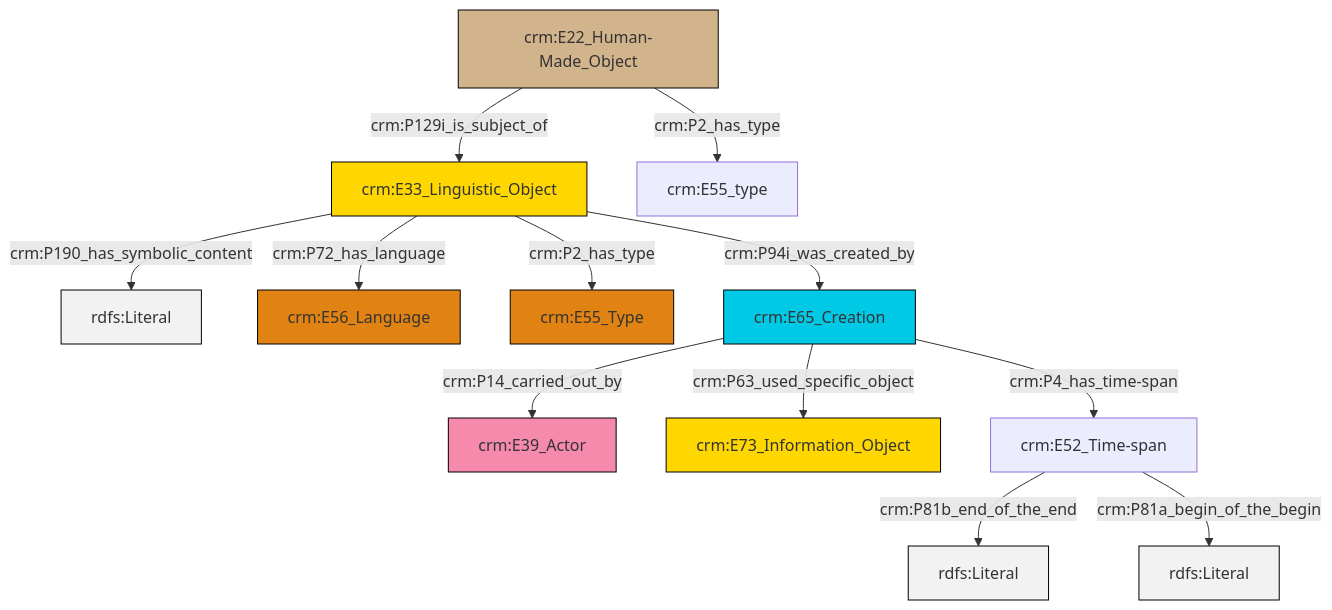
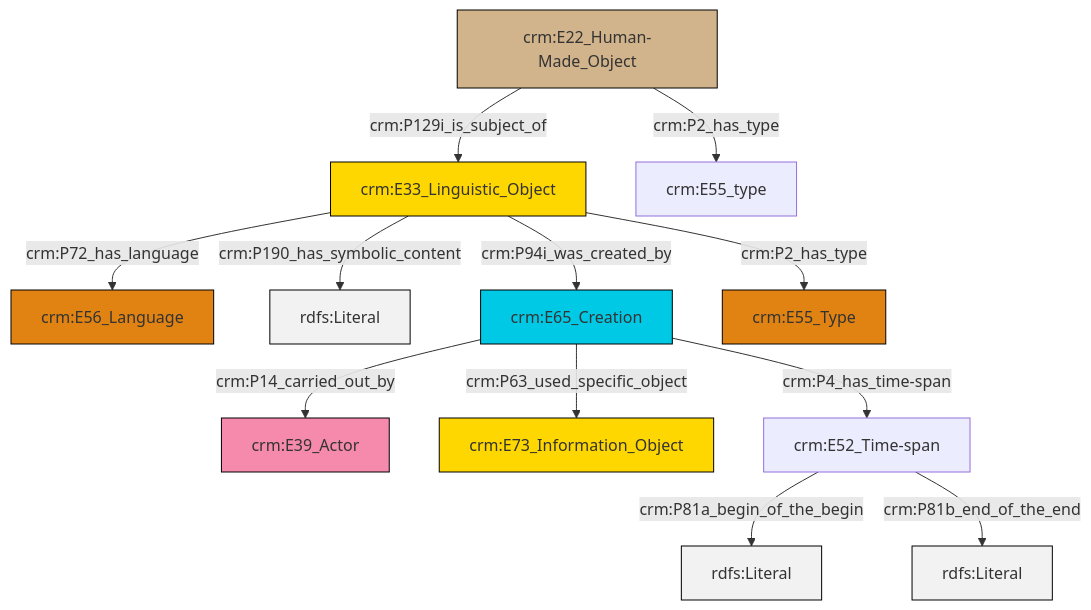
The diagram in et/builtWorkCSV/ttl/mmd/Built_Work_description.ttl.mmd (swiss-art-research-net/docs.swissartresearch), drawn with Mermaid before and after one commit. The commit also changed 201 other files, not shown here.

```diff
--- a/et/builtWorkCSV/ttl/mmd/Built_Work_description.ttl.mmd
+++ b/et/builtWorkCSV/ttl/mmd/Built_Work_description.ttl.mmd
@@ -1,26 +1,26 @@
 graph TD
 classDef Literal fill:#f2f2f2,stroke:#000000;
 classDef CRM_Entity fill:#FFFFFF,stroke:#000000;
 classDef Temporal_Entity fill:#00C9E6, stroke:#000000;
 classDef Type fill:#E18312, stroke:#000000;
 classDef Time-Span fill:#2C9C91, stroke:#000000;
 classDef Appellation fill:#FFEB7F, stroke:#000000;
 classDef Place fill:#008836, stroke:#000000;
 classDef Persistent_Item fill:#B266B2, stroke:#000000;
 classDef Conceptual_Object fill:#FFD700, stroke:#000000;
 classDef Physical_Thing fill:#D2B48C, stroke:#000000;
 classDef Actor fill:#f58aad, stroke:#000000;
 classDef PC_Classes fill:#4ce600, stroke:#000000;
 classDef Multi fill:#cccccc,stroke:#000000;
 
-0["crm:E33_Linguistic_Object"]:::Conceptual_Object -->|crm:P190_has_symbolic_content| 1[rdfs:Literal]:::Literal
-3["crm:E22_Human-Made_Object"]:::Physical_Thing -->|crm:P129i_is_subject_of| 0["crm:E33_Linguistic_Object"]:::Conceptual_Object
-3["crm:E22_Human-Made_Object"]:::Physical_Thing -->|crm:P2_has_type| 10["crm:E55_type"]:::Default
-0["crm:E33_Linguistic_Object"]:::Conceptual_Object -->|crm:P72_has_language| 4["crm:E56_Language"]:::Type
-0["crm:E33_Linguistic_Object"]:::Conceptual_Object -->|crm:P2_has_type| 6["crm:E55_Type"]:::Type
-13["crm:E65_Creation"]:::Temporal_Entity -->|crm:P4_has_time-span| 15["crm:E52_Time-span"]:::Default
-15["crm:E52_Time-span"]:::Default -->|crm:P81b_end_of_the_end| 16[rdfs:Literal]:::Literal
-0["crm:E33_Linguistic_Object"]:::Conceptual_Object -->|crm:P94i_was_created_by| 13["crm:E65_Creation"]:::Temporal_Entity
-13["crm:E65_Creation"]:::Temporal_Entity -->|crm:P14_carried_out_by| 8["crm:E39_Actor"]:::Actor
-13["crm:E65_Creation"]:::Temporal_Entity -->|crm:P63_used_specific_object| 11["crm:E73_Information_Object"]:::Conceptual_Object
-15["crm:E52_Time-span"]:::Default -->|crm:P81a_begin_of_the_begin| 20[rdfs:Literal]:::Literal
+2["crm:E33_Linguistic_Object"]:::Conceptual_Object -->|crm:P72_has_language| 3["crm:E56_Language"]:::Type
+2["crm:E33_Linguistic_Object"]:::Conceptual_Object -->|crm:P190_has_symbolic_content| 4[rdfs:Literal]:::Literal
+7["crm:E65_Creation"]:::Temporal_Entity -->|crm:P63_used_specific_object| 8["crm:E73_Information_Object"]:::Conceptual_Object
+2["crm:E33_Linguistic_Object"]:::Conceptual_Object -->|crm:P94i_was_created_by| 7["crm:E65_Creation"]:::Temporal_Entity
+9["crm:E22_Human-Made_Object"]:::Physical_Thing -->|crm:P2_has_type| 5["crm:E55_type"]:::Default
+9["crm:E22_Human-Made_Object"]:::Physical_Thing -->|crm:P129i_is_subject_of| 2["crm:E33_Linguistic_Object"]:::Conceptual_Object
+7["crm:E65_Creation"]:::Temporal_Entity -->|crm:P4_has_time-span| 12["crm:E52_Time-span"]:::Default
+7["crm:E65_Creation"]:::Temporal_Entity -->|crm:P14_carried_out_by| 0["crm:E39_Actor"]:::Actor
+12["crm:E52_Time-span"]:::Default -->|crm:P81a_begin_of_the_begin| 14[rdfs:Literal]:::Literal
+12["crm:E52_Time-span"]:::Default -->|crm:P81b_end_of_the_end| 16[rdfs:Literal]:::Literal
+2["crm:E33_Linguistic_Object"]:::Conceptual_Object -->|crm:P2_has_type| 18["crm:E55_Type"]:::Type
```
